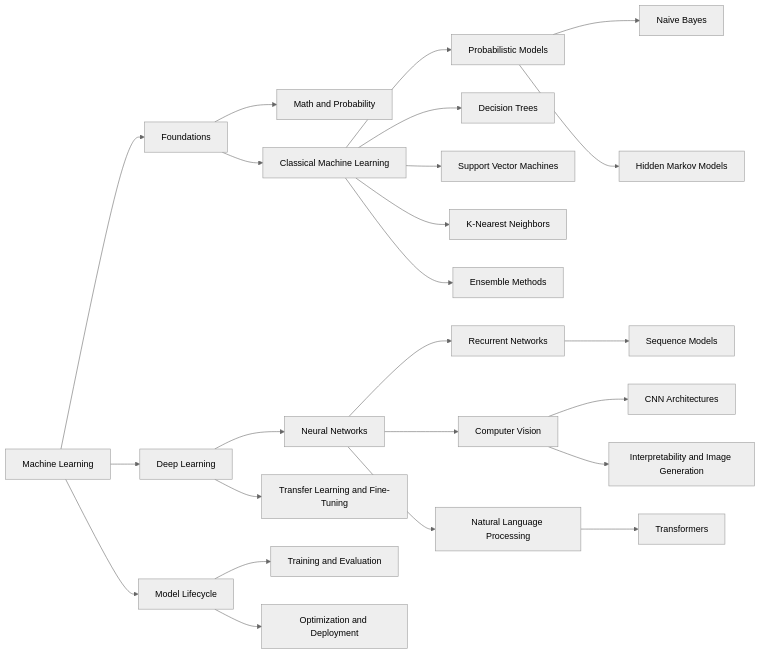
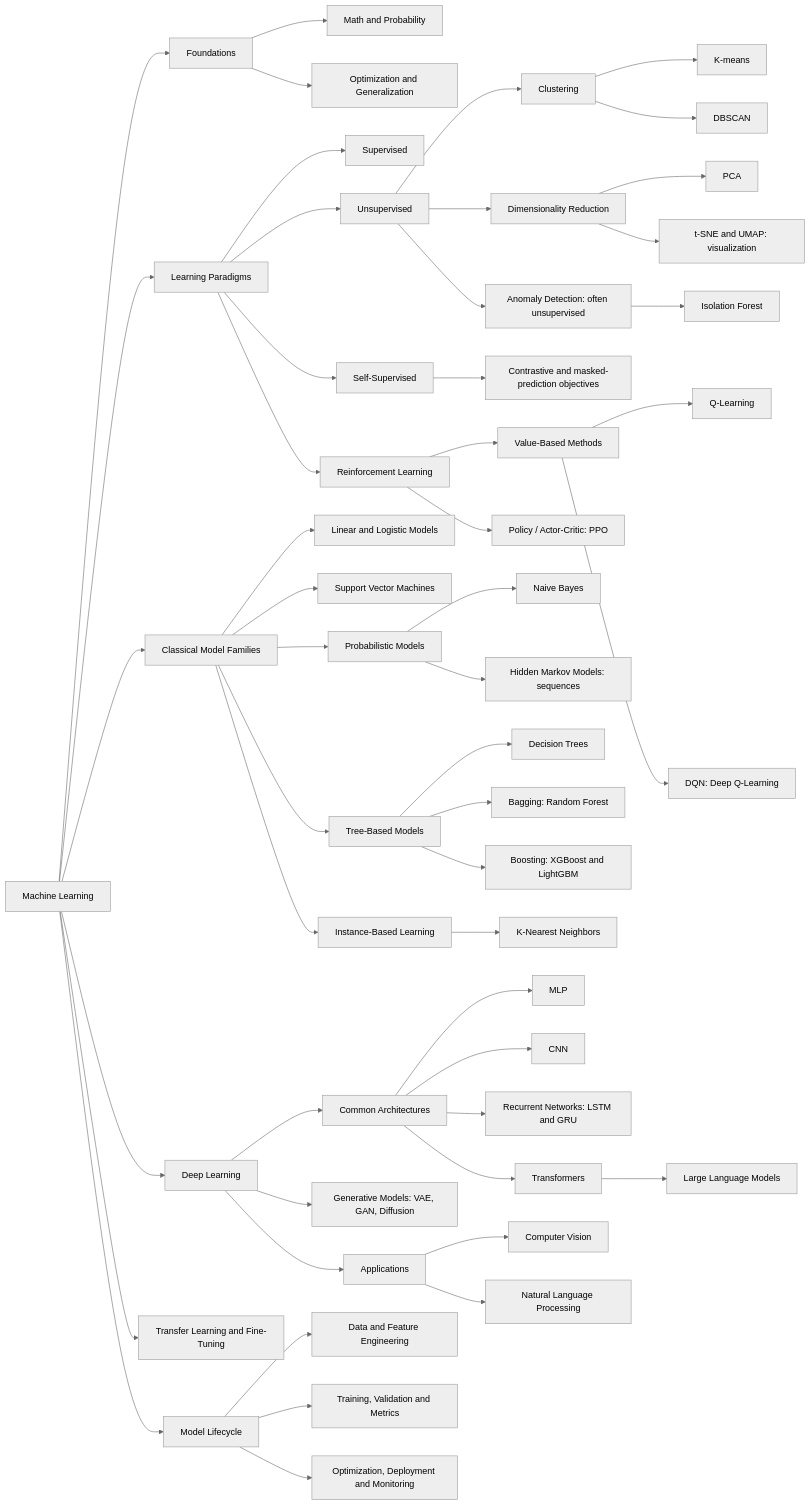
The diagram in README.md (MaxApp/deeplearning), drawn with Mermaid (neutral theme) before and after one commit. The commit also changed other lines of this file, not shown here.

````diff
--- a/README.md
+++ b/README.md
@@ -26,29 +26,59 @@
 ```mermaid
 flowchart LR
     ML[Machine Learning]
     ML --> F[Foundations]
     F --> M[Math and Probability]
-    F --> CML[Classical Machine Learning]
+    F --> OPT[Optimization and Generalization]
+
+    ML --> PAR[Learning Paradigms]
+    PAR --> SUP[Supervised]
+    PAR --> US[Unsupervised]
+    PAR --> SSL[Self-Supervised]
+    SSL --> OBJECTIVES[Contrastive and masked-prediction objectives]
+    PAR --> RL[Reinforcement Learning]
+
+    ML --> CML[Classical Model Families]
+    CML --> LIN[Linear and Logistic Models]
+    CML --> SVM[Support Vector Machines]
     CML --> PM[Probabilistic Models]
     PM --> NB[Naive Bayes]
-    PM --> HMM[Hidden Markov Models]
-    CML --> DT[Decision Trees]
-    CML --> SVM[Support Vector Machines]
-    CML --> KNN[K-Nearest Neighbors]
-    CML --> ENS[Ensemble Methods]
+    PM --> HMM[Hidden Markov Models: sequences]
+    CML --> TREE[Tree-Based Models]
+    TREE --> DT[Decision Trees]
+    TREE --> RF[Bagging: Random Forest]
+    TREE --> BOOST[Boosting: XGBoost and LightGBM]
+    CML --> INST[Instance-Based Learning]
+    INST --> KNN[K-Nearest Neighbors]
+
+    US --> CLUST[Clustering]
+    CLUST --> KM[K-means]
+    CLUST --> DB[DBSCAN]
+    US --> DIM[Dimensionality Reduction]
+    DIM --> PCA[PCA]
+    DIM --> EMBED[t-SNE and UMAP: visualization]
+    US --> ANOM[Anomaly Detection: often unsupervised]
+    ANOM --> ISO[Isolation Forest]
+
+    RL --> VALUE[Value-Based Methods]
+    VALUE --> QL[Q-Learning]
+    VALUE --> DQN[DQN: Deep Q-Learning]
+    RL --> POLICY[Policy / Actor-Critic: PPO]
 
     ML --> DL[Deep Learning]
-    DL --> NN[Neural Networks]
-    NN --> RNN[Recurrent Networks]
-    RNN --> SEQ[Sequence Models]
-    NN --> CV[Computer Vision]
-    CV --> CNN[CNN Architectures]
-    CV --> VI[Interpretability and Image Generation]
-    NN --> NLP[Natural Language Processing]
-    NLP --> TF[Transformers]
+    DL --> ARCH[Common Architectures]
+    ARCH --> MLP[MLP]
+    ARCH --> CNN[CNN]
+    ARCH --> RNN[Recurrent Networks: LSTM and GRU]
+    ARCH --> TF[Transformers]
+    TF --> LLM[Large Language Models]
+    DL --> GEN[Generative Models: VAE, GAN, Diffusion]
+    DL --> APP[Applications]
+    APP --> CV[Computer Vision]
+    APP --> NLP[Natural Language Processing]
 
-    DL --> ADAPT[Transfer Learning and Fine-Tuning]
+    ML --> ADAPT[Transfer Learning and Fine-Tuning]
     ML --> LIFE[Model Lifecycle]
-    LIFE --> TE[Training and Evaluation]
-    LIFE --> OD[Optimization and Deployment]
+    LIFE --> DATA[Data and Feature Engineering]
+    LIFE --> TE[Training, Validation and Metrics]
+    LIFE --> OD[Optimization, Deployment and Monitoring]
 ```
````
